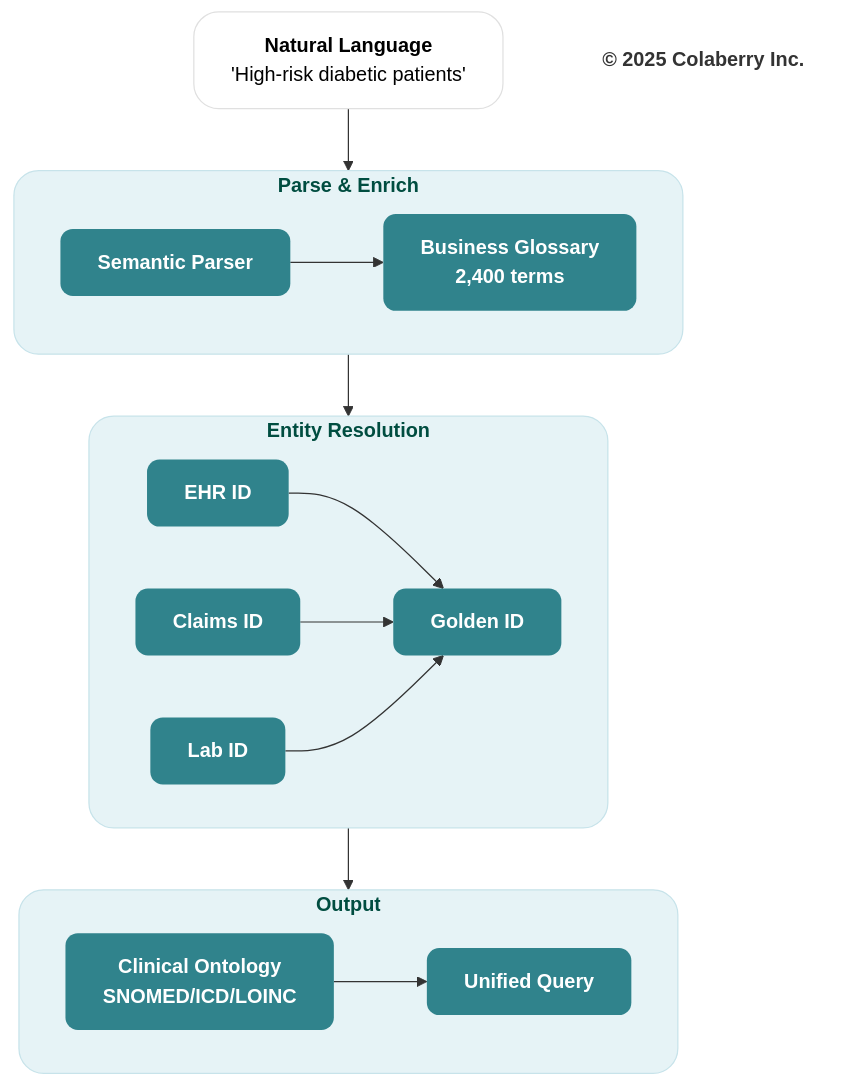
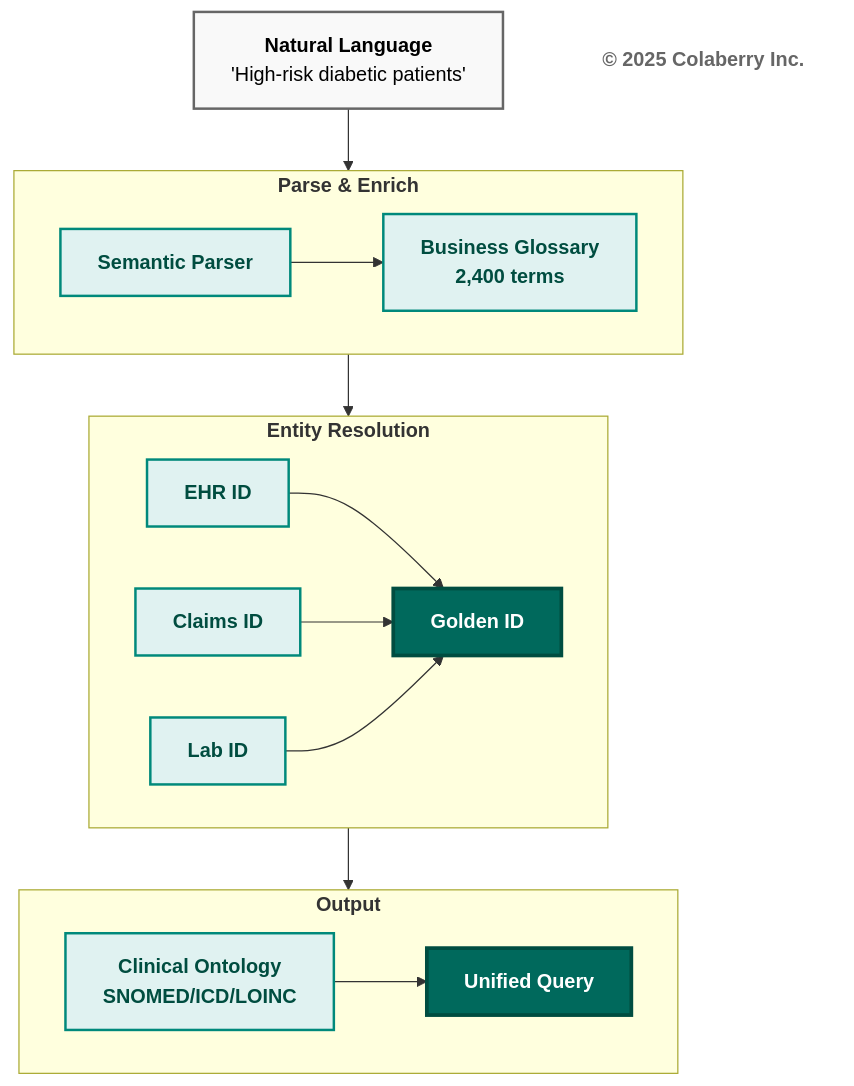
One commit to saitejesh-cyber/trust-before-intelligence-book changed the fifth of 13 diagrams in manuscript/06_chapter_5_intelligence_layers.md. Above: the diagram before and after it, drawn with Mermaid. The commit also changed other lines of this file and 12 other files, not shown here.

Commit message:
Restore legacy Mermaid styles for Option 1

````diff
--- a/manuscript/06_chapter_5_intelligence_layers.md
+++ b/manuscript/06_chapter_5_intelligence_layers.md
@@ -329,41 +326,38 @@
 ```mermaid
 flowchart TB
     NL["<b>Natural Language</b><br/>'High-risk diabetic patients'"]
     
     subgraph PARSE_ROW["<b>Parse & Enrich</b>"]
         direction LR
         PARSE["<b>Semantic Parser</b>"] --> GLOSS["<b>Business Glossary</b><br/><b>2,400 terms</b>"]
     end
     
     subgraph RESOLVE_ROW["<b>Entity Resolution</b>"]
         direction LR
         E1["<b>EHR ID</b>"] --> GOLD["<b>Golden ID</b>"]
         E2["<b>Claims ID</b>"] --> GOLD
         E3["<b>Lab ID</b>"] --> GOLD
     end
     
     subgraph OUTPUT_ROW["<b>Output</b>"]
         direction LR
         ONTO["<b>Clinical Ontology</b><br/><b>SNOMED/ICD/LOINC</b>"] --> RESULT["<b>Unified Query</b>"]
     end
     
     NL --> PARSE_ROW
     PARSE_ROW --> RESOLVE_ROW
     RESOLVE_ROW --> OUTPUT_ROW
     
     Copyright["<b>© 2025 Colaberry Inc.</b>"]
     
-    style NL fill:#ffffff,stroke:#e0e0e0,stroke-width:1px,color:#000000,rx:20,ry:20
-    style PARSE fill:#30838C,stroke:none,color:#ffffff,rx:10,ry:10
-    style GLOSS fill:#30838C,stroke:none,color:#ffffff,rx:10,ry:10
-    style E1 fill:#30838C,stroke:none,color:#ffffff,rx:10,ry:10
-    style E2 fill:#30838C,stroke:none,color:#ffffff,rx:10,ry:10
-    style E3 fill:#30838C,stroke:none,color:#ffffff,rx:10,ry:10
-    style GOLD fill:#30838C,stroke:none,color:#ffffff,rx:10,ry:10
-    style ONTO fill:#30838C,stroke:none,color:#ffffff,rx:10,ry:10
-    style RESULT fill:#30838C,stroke:none,color:#ffffff,rx:10,ry:10
-    style Copyright fill:none,stroke:none,color:#333333
-    style OUTPUT_ROW fill:#e6f3f6,stroke:#c7e3ea,stroke-width:1px,color:#004d40,rx:20,ry:20
-    style PARSE_ROW fill:#e6f3f6,stroke:#c7e3ea,stroke-width:1px,color:#004d40,rx:20,ry:20
-    style RESOLVE_ROW fill:#e6f3f6,stroke:#c7e3ea,stroke-width:1px,color:#004d40,rx:20,ry:20
+    style NL fill:#f9f9f9,stroke:#666666,stroke-width:2px,color:#000000
+    style PARSE fill:#e0f2f1,stroke:#00897b,stroke-width:2px,color:#004d40
+    style GLOSS fill:#e0f2f1,stroke:#00897b,stroke-width:2px,color:#004d40
+    style E1 fill:#e0f2f1,stroke:#00897b,stroke-width:2px,color:#004d40
+    style E2 fill:#e0f2f1,stroke:#00897b,stroke-width:2px,color:#004d40
+    style E3 fill:#e0f2f1,stroke:#00897b,stroke-width:2px,color:#004d40
+    style GOLD fill:#00695c,color:#ffffff,stroke:#004d40,stroke-width:3px
+    style ONTO fill:#e0f2f1,stroke:#00897b,stroke-width:2px,color:#004d40
+    style RESULT fill:#00695c,color:#ffffff,stroke:#004d40,stroke-width:3px
+    style Copyright fill:#ffffff,stroke:none,color:#666666
 ```
````
